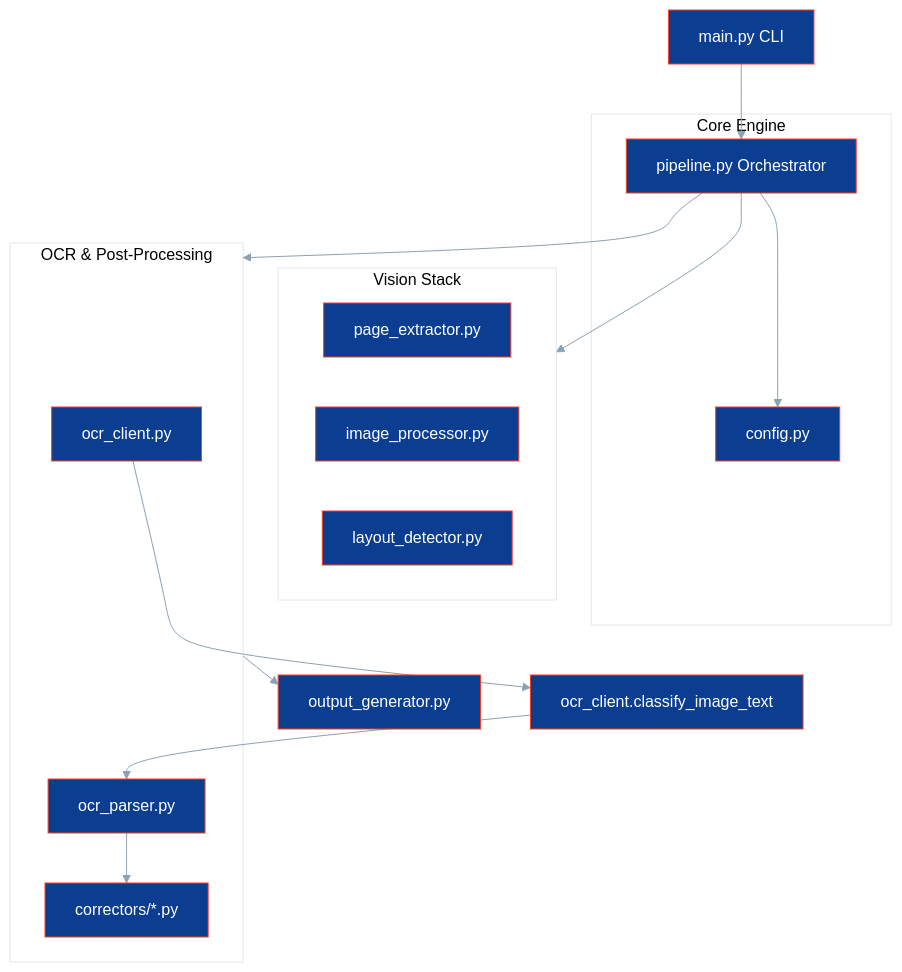
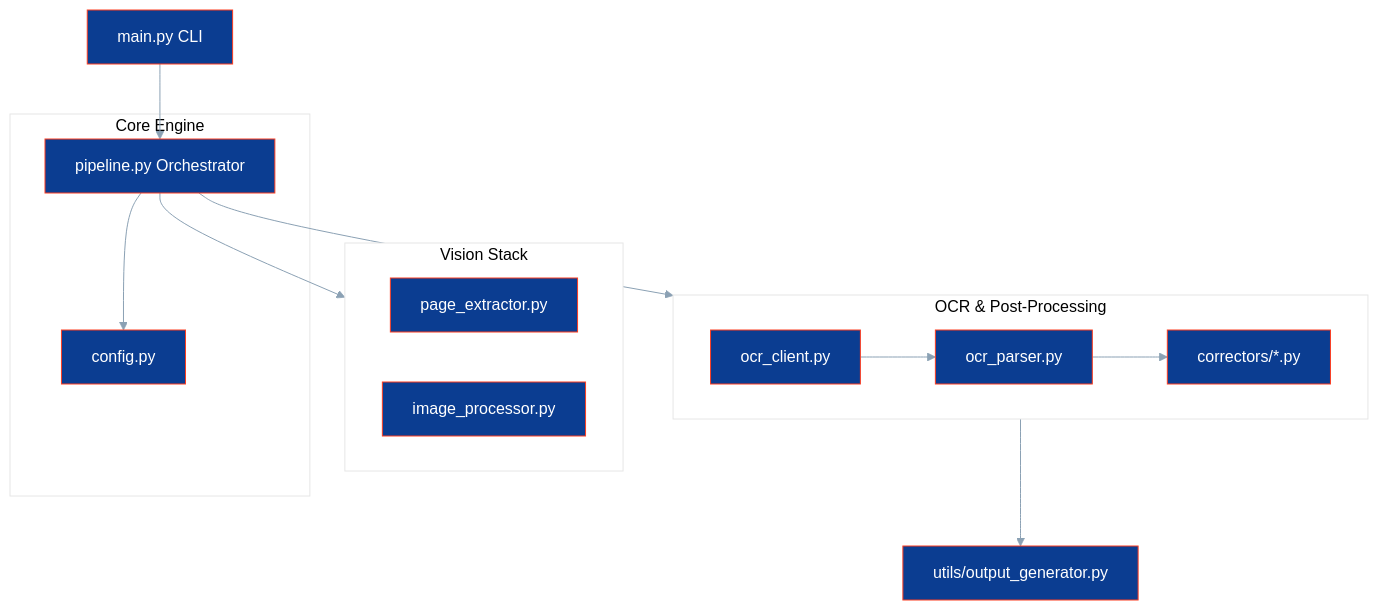
The diagram in docs/ARCHITECTURE.md (JeanLouisParent/Nasa-Transcript-Processor), drawn with Mermaid before and after one commit. The commit also changed other lines of this file and 19 other files, not shown here.

````diff
--- a/docs/ARCHITECTURE.md
+++ b/docs/ARCHITECTURE.md
@@ -7,28 +7,26 @@
 ```mermaid
 %%{init: {'theme': 'base', 'themeVariables': { 'primaryColor': '#0B3D91', 'primaryTextColor': '#fff', 'primaryBorderColor': '#FC3D21', 'lineColor': '#8BA1B4', 'secondaryColor': '#8BA1B4', 'tertiaryColor': '#fff'}}}%%
 flowchart TD
     CLI[main.py CLI] --> ORCH[pipeline.py Orchestrator]
     
     subgraph Core[Core Engine]
         ORCH --> CFG[config.py]
     end
 
     subgraph Processors[Vision Stack]
         EXT[page_extractor.py]
         IMG[image_processor.py]
-        LAY[layout_detector.py]
     end
 
     subgraph Intelligence[OCR & Post-Processing]
         CLIENT[ocr_client.py]
         PARSER[ocr_parser.py]
         CORR[correctors/*.py]
     end
 
     ORCH --> Processors
     ORCH --> Intelligence
     PARSER --> CORR
-    Intelligence --> OUT[output_generator.py]
-    CLIENT --> CLASS["ocr_client.classify_image_text"]
-    CLASS --> PARSER
+    Intelligence --> OUT[utils/output_generator.py]
+    CLIENT --> PARSER
 ```
````
